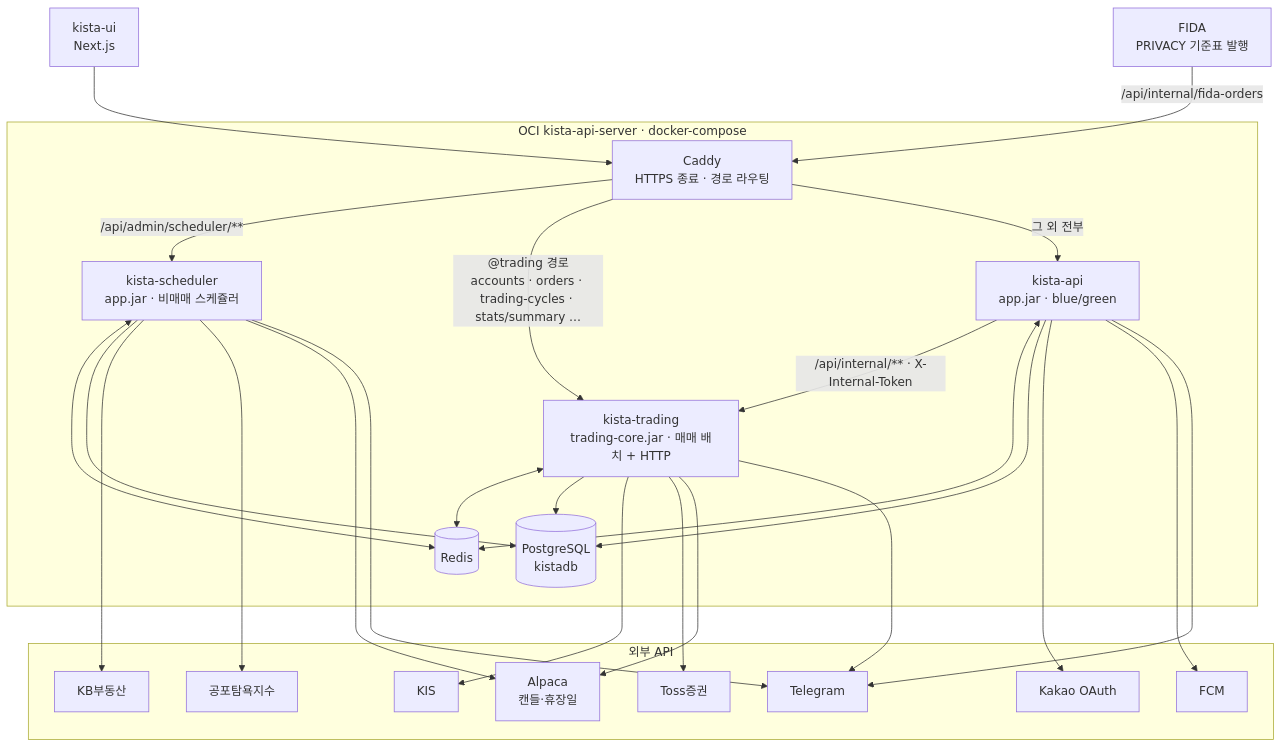
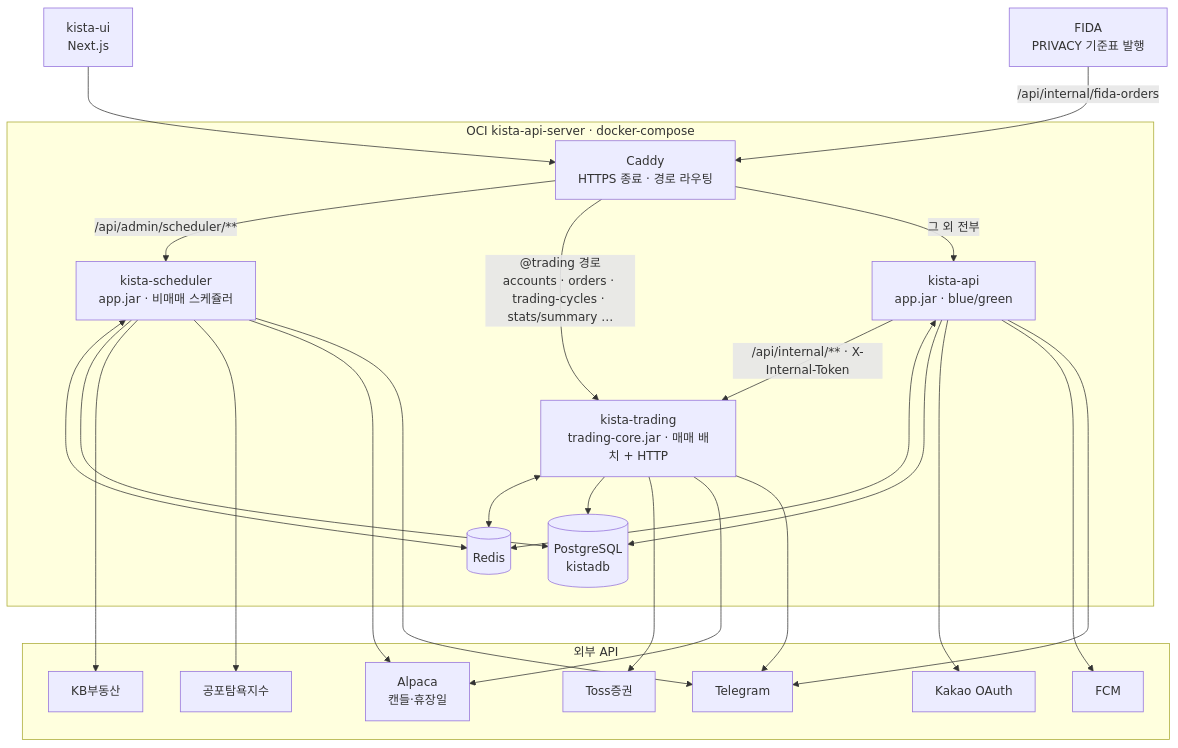
Before and after one commit to narafu/kista-api: the first of 5 diagrams in docs/architecture-map.md, drawn with Mermaid. The commit also changed other lines of this file and 25 other files, not shown here.

````diff
--- a/docs/architecture-map.md
+++ b/docs/architecture-map.md
@@ -16,41 +16,40 @@
 ```mermaid
 flowchart TB
     UI["kista-ui<br/>Next.js"]
     FIDA["FIDA<br/>PRIVACY 기준표 발행"]
 
     subgraph OCI["OCI kista-api-server · docker-compose"]
         CADDY["Caddy<br/>HTTPS 종료 · 경로 라우팅"]
         API["kista-api<br/>app.jar · blue/green"]
         SCH["kista-scheduler<br/>app.jar · 비매매 스케쥴러"]
         TRD["kista-trading<br/>trading-core.jar · 매매 배치 + HTTP"]
         PG[("PostgreSQL<br/>kistadb")]
         RD[("Redis")]
     end
 
     subgraph EXT["외부 API"]
-        KIS["KIS"]
         TOSS["Toss증권"]
         ALPACA["Alpaca<br/>캔들·휴장일"]
         KAKAO["Kakao OAuth"]
         KB["KB부동산"]
         FG["공포탐욕지수"]
         TG["Telegram"]
         FCM["FCM"]
     end
 
     UI --> CADDY
     FIDA -->|"/api/internal/fida-orders"| CADDY
     CADDY -->|"/api/admin/scheduler/**"| SCH
     CADDY -->|"@trading 경로<br/>accounts · orders · trading-cycles · stats/summary …"| TRD
     CADDY -->|"그 외 전부"| API
 
     API -->|"/api/internal/** · X-Internal-Token"| TRD
     API & SCH & TRD <--> RD
     API & SCH --> PG
     TRD --> PG
 
     %% 외부 API를 맨 아래 한 줄에 놓으려고 화살표 길이(-)로 rank를 맞춘다: API·SCH는 rank 2, TRD는 rank 3
-    TRD ---> KIS & TOSS & ALPACA & TG
+    TRD ---> TOSS & ALPACA & TG
     API ----> KAKAO & FCM & TG
     SCH ----> KB & FG & ALPACA & TG
 ```
````
